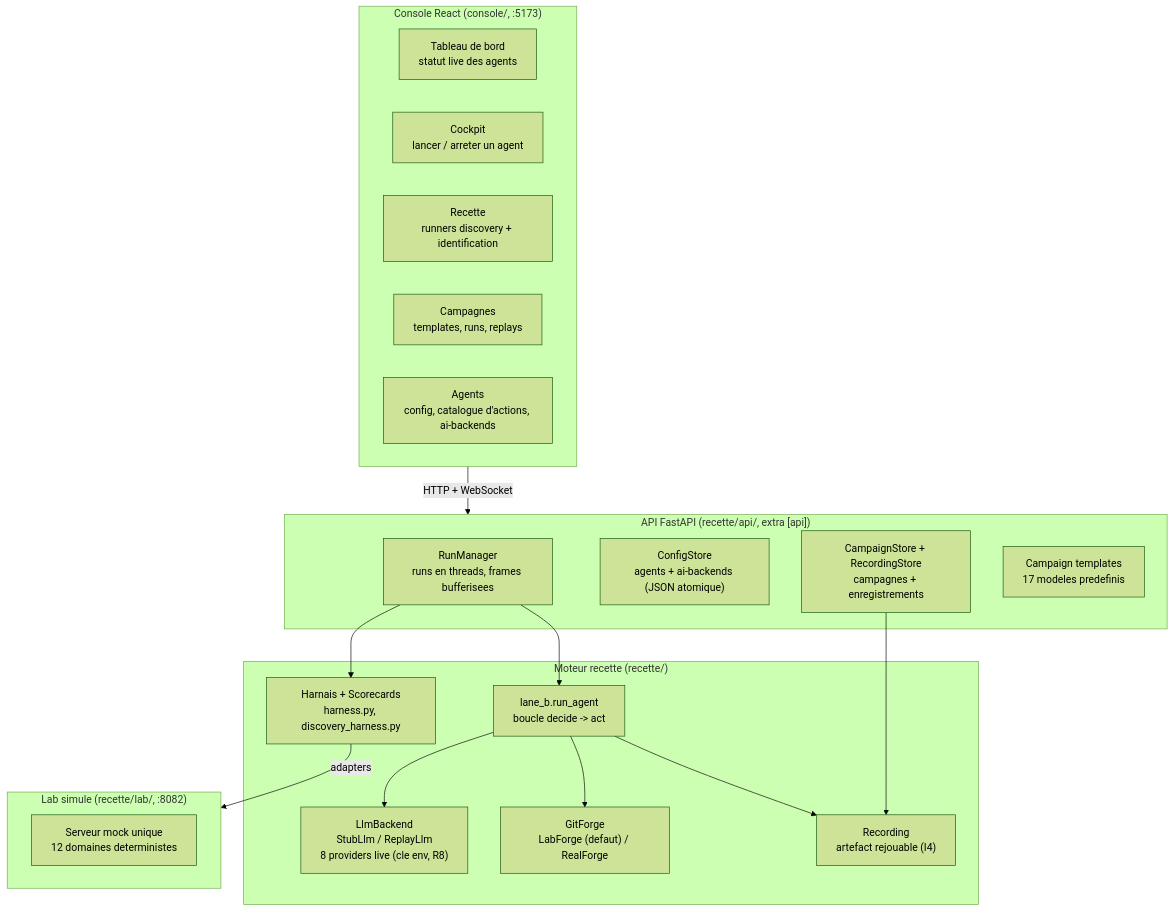
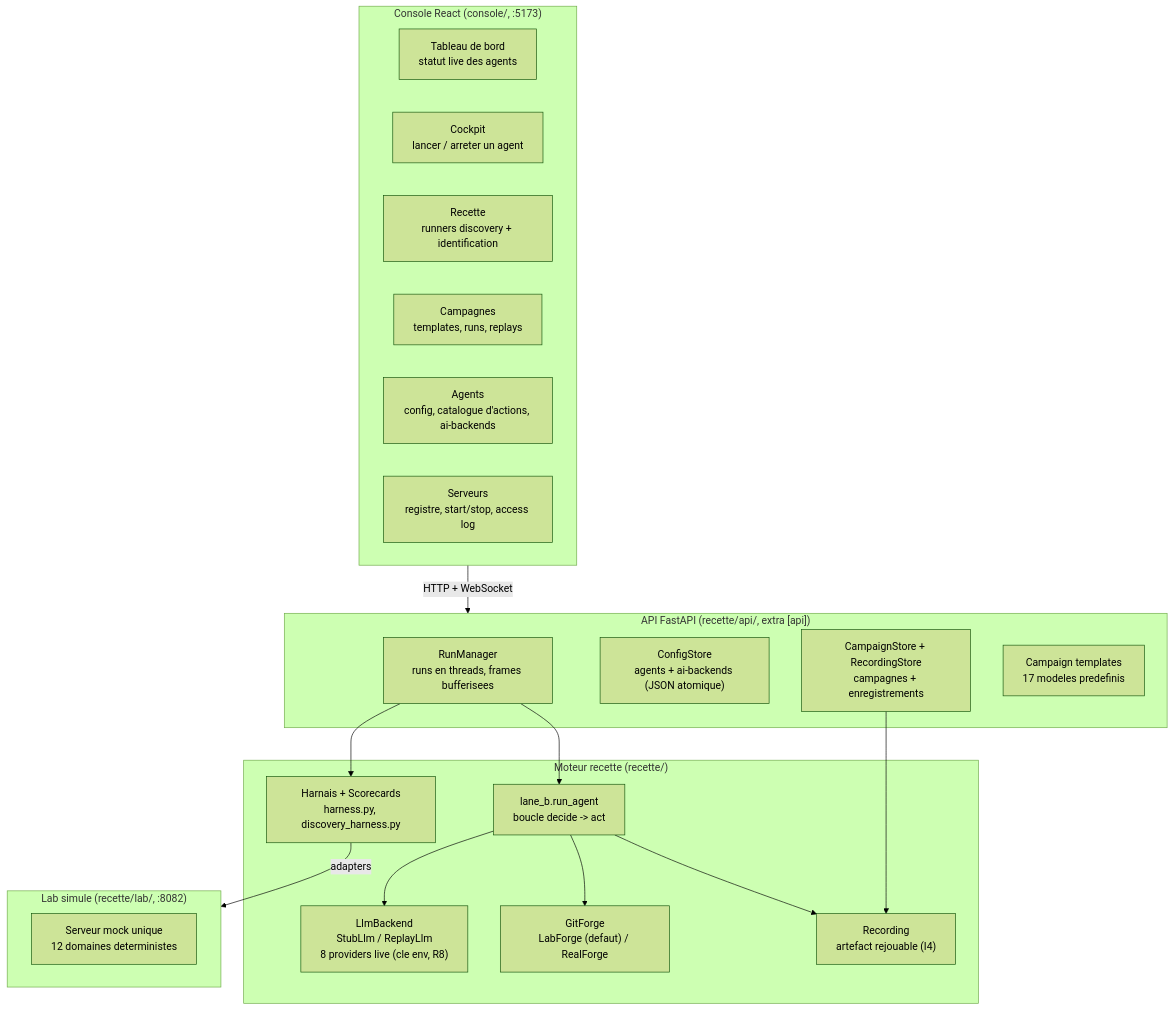
The second of 12 diagrams in docs/ARCHITECTURE.md (mo0ogly/recette_IA_agents), drawn with Mermaid (forest theme) before and after one commit. The commit also changed other lines of this file and 5 other files, not shown here.

````diff
--- a/docs/ARCHITECTURE.md
+++ b/docs/ARCHITECTURE.md
@@ -72,38 +72,39 @@
 ```mermaid
 flowchart TB
   subgraph CONSOLE["Console React (console/, :5173)"]
     DASH["Tableau de bord<br/>statut live des agents"]
     COCK["Cockpit<br/>lancer / arreter un agent"]
     RUNTAB["Recette<br/>runners discovery + identification"]
     CAMP["Campagnes<br/>templates, runs, replays"]
     AGENTS["Agents<br/>config, catalogue d'actions, ai-backends"]
+    SRVTAB["Serveurs<br/>registre, start/stop, access log"]
   end
 
   subgraph API["API FastAPI (recette/api/, extra [api])"]
     RM["RunManager<br/>runs en threads, frames bufferisees"]
     CFG["ConfigStore<br/>agents + ai-backends (JSON atomique)"]
     CSTORE["CampaignStore + RecordingStore<br/>campagnes + enregistrements"]
     TPL["Campaign templates<br/>17 modeles predefinis"]
   end
 
   subgraph ENGINE["Moteur recette (recette/)"]
     LANEB["lane_b.run_agent<br/>boucle decide -> act"]
     LLM["LlmBackend<br/>StubLlm / ReplayLlm<br/>8 providers live (cle env, R8)"]
     FORGE["GitForge<br/>LabForge (defaut) / RealForge"]
     REC["Recording<br/>artefact rejouable (I4)"]
     HARN["Harnais + Scorecards<br/>harness.py, discovery_harness.py"]
   end
 
   subgraph LAB["Lab simule (recette/lab/, :8082)"]
     MOCK["Serveur mock unique<br/>12 domaines deterministes"]
   end
 
   CONSOLE -->|"HTTP + WebSocket"| API
   RM --> LANEB
   LANEB --> LLM
   LANEB --> FORGE
   LANEB --> REC
   RM --> HARN
   HARN -->|"adapters"| LAB
   CSTORE --> REC
 ```
````
